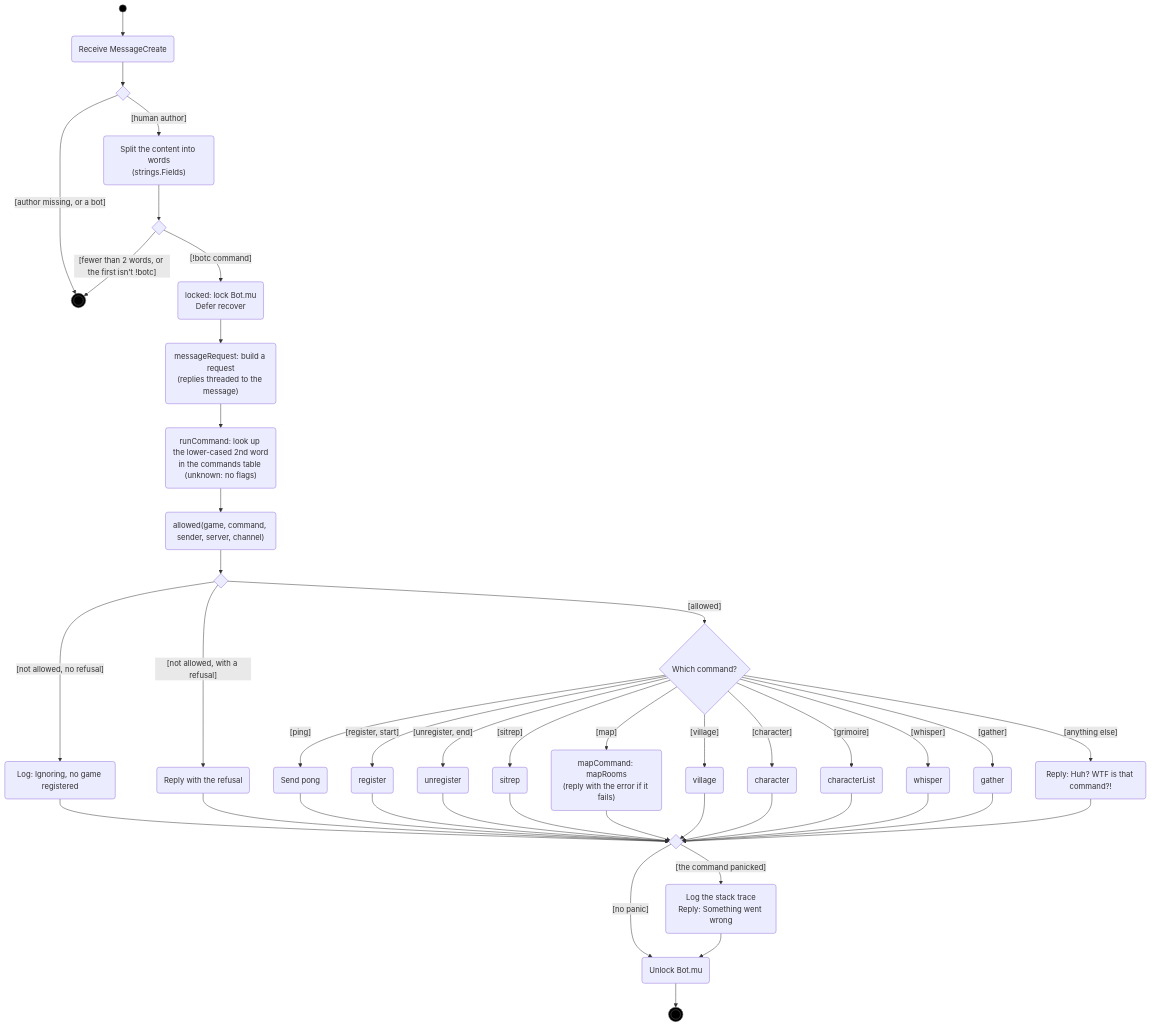
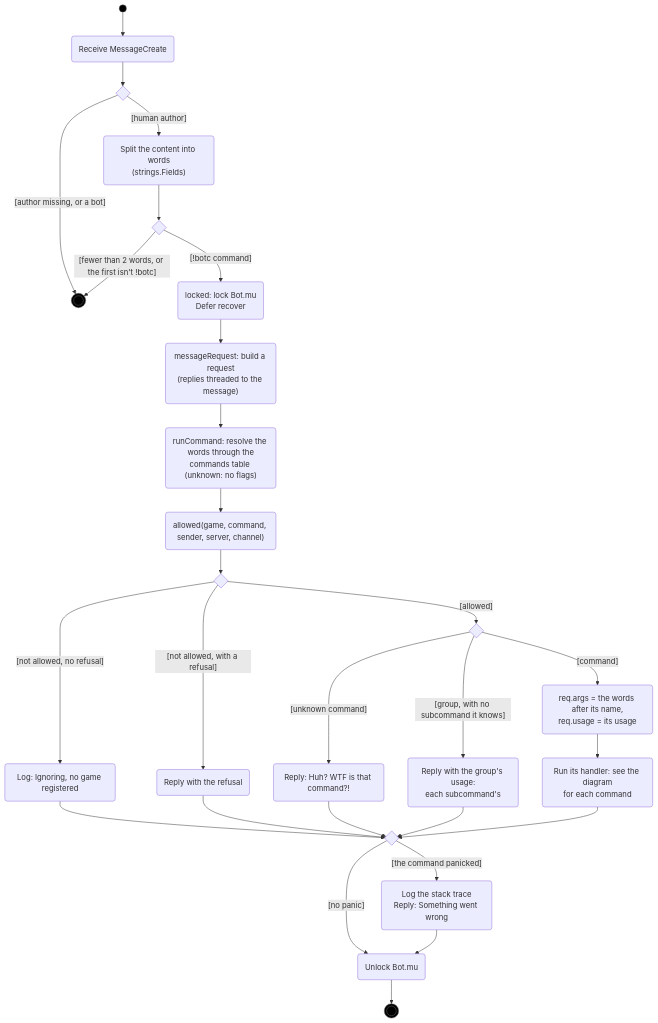
The first of 6 diagrams in docs/uml/command-dispatch.md (RAGNOARAKNOS/BotOnTheClocktower), drawn with Mermaid before and after one commit. The commit also changed other lines of this file and 32 other files, not shown here.

First line of the commit message:
Refactor village commands to use Player struct for better clarity

````diff
--- a/docs/uml/command-dispatch.md
+++ b/docs/uml/command-dispatch.md
@@ -13,36 +15,29 @@
 ```mermaid
 flowchart TD
     start((" ")):::initial --> recv("Receive MessageCreate")
     recv --> d1{" "}
     d1 -->|"[author missing, or a bot]"| ignored(((" "))):::final
     d1 -->|"[human author]"| split("Split the content into words<br/>(strings.Fields)")
     split --> d2{" "}
     d2 -->|"[fewer than 2 words, or the first isn't !botc]"| ignored
     d2 -->|"[!botc command]"| lock("locked: lock Bot.mu<br/>Defer recover")
     lock --> build("messageRequest: build a request<br/>(replies threaded to the message)")
-    build --> lookup("runCommand: look up the lower-cased 2nd word<br/>in the commands table (unknown: no flags)")
+    build --> lookup("runCommand: resolve the words through the<br/>commands table (unknown: no flags)")
     lookup --> allowed("allowed(game, command, sender, server, channel)")
     allowed --> dok{" "}
     dok -->|"[not allowed, no refusal]"| ign("Log: Ignoring, no game registered")
     dok -->|"[not allowed, with a refusal]"| refuse("Reply with the refusal")
-    dok -->|"[allowed]"| cmd{"Which command?"}
-    cmd -->|"[ping]"| ping("Send pong")
-    cmd -->|"[register, start]"| reg("register")
-    cmd -->|"[unregister, end]"| unreg("unregister")
-    cmd -->|"[sitrep]"| sit("sitrep")
-    cmd -->|"[map]"| maprooms("mapCommand: mapRooms<br/>(reply with the error if it fails)")
-    cmd -->|"[village]"| vil("village")
-    cmd -->|"[character]"| chr("character")
-    cmd -->|"[grimoire]"| gri("characterList")
-    cmd -->|"[whisper]"| whi("whisper")
-    cmd -->|"[gather]"| gat("gather")
-    cmd -->|"[anything else]"| wtf("Reply: Huh? WTF is that command?!")
-    ign & refuse & ping & reg & unreg & sit & maprooms & vil & chr & gri & whi & gat & wtf --> merged{" "}
+    dok -->|"[allowed]"| cmd{" "}
+    cmd -->|"[unknown command]"| wtf("Reply: Huh? WTF is that command?!")
+    cmd -->|"[group, with no subcommand it knows]"| usage("Reply with the group's usage:<br/>each subcommand's")
+    cmd -->|"[command]"| args("req.args = the words after its name,<br/>req.usage = its usage")
+    args --> run("Run its handler: see the diagram<br/>for each command")
+    ign & refuse & wtf & usage & run --> merged{" "}
     merged -->|"[the command panicked]"| rec("Log the stack trace<br/>Reply: Something went wrong")
     merged -->|"[no panic]"| unlock("Unlock Bot.mu")
     rec --> unlock
     unlock --> done(((" "))):::final
 
     classDef initial fill:#000,stroke:#666
     classDef final fill:#000,stroke:#666
 ```
````
